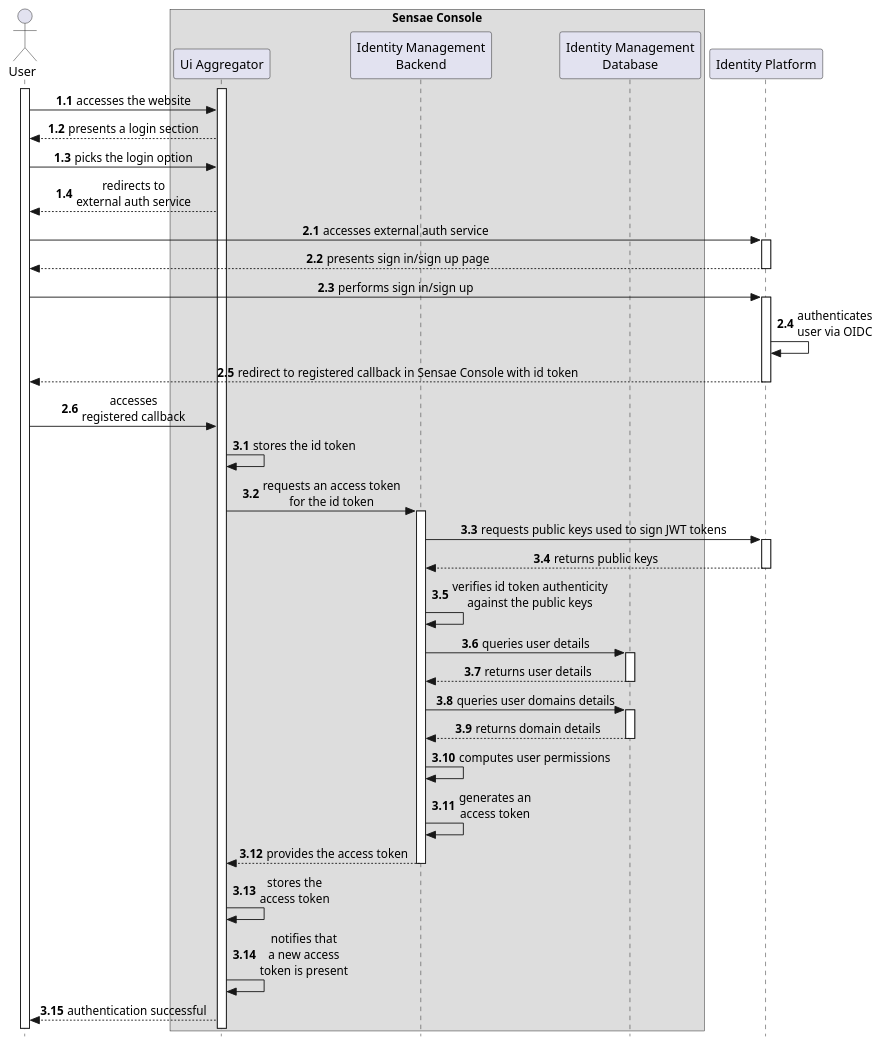
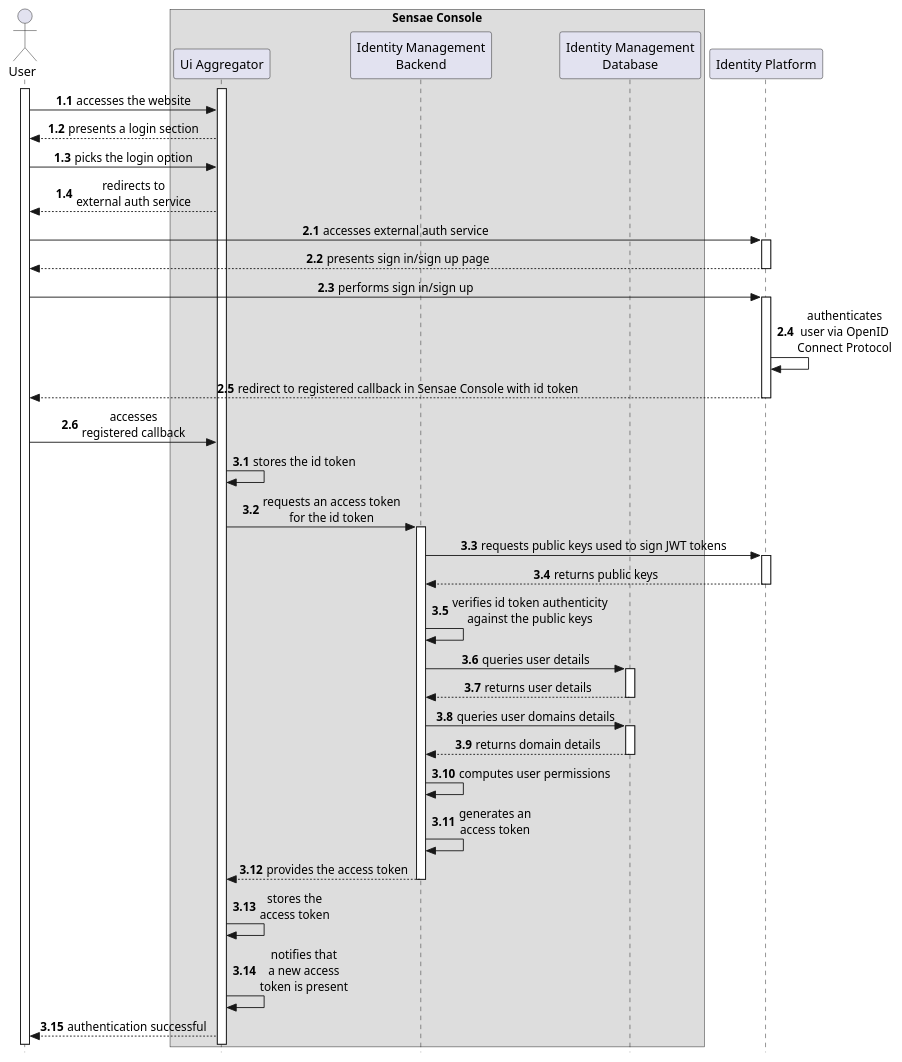
Before and after one commit to FilipeMCruz/dissertation: the diagram in assets/diagrams/design/architectural/level2/process/user-authentication.pu, drawn with PlantUML. The commit also changed 296 other files, not shown here.

```diff
--- a/assets/diagrams/design/architectural/level2/process/user-authentication.pu
+++ b/assets/diagrams/design/architectural/level2/process/user-authentication.pu
@@ -1,60 +1,60 @@
 @startuml user-authentication
 
 skinparam sequenceMessageAlign center
 skinparam style strictuml
 autonumber 1.1
 
 actor User
 
 box "Sensae Console"
 participant "Ui Aggregator" as AGGRE
 participant "Identity Management\nBackend" as AUTHBACK
 participant "Identity Management\nDatabase" as DB
 end box
 
 participant "Identity Platform" as AUTHSERVER
 
 activate AGGRE
 activate User
 
 User -> AGGRE: accesses the website
 AGGRE --> User: presents a login section
 User -> AGGRE: picks the login option
 AGGRE --> User: redirects to\nexternal auth service
 autonumber inc A
 User -> AUTHSERVER: accesses external auth service
 activate AUTHSERVER
 AUTHSERVER --> User: presents sign in/sign up page
 deactivate AUTHSERVER
 User -> AUTHSERVER: performs sign in/sign up
 activate AUTHSERVER
-AUTHSERVER -> AUTHSERVER: authenticates\nuser via OIDC
+AUTHSERVER -> AUTHSERVER: authenticates\nuser via OpenID\nConnect Protocol
 AUTHSERVER --> User: redirect to registered callback in Sensae Console with id token
 deactivate AUTHSERVER
 User -> AGGRE: accesses\nregistered callback
 autonumber inc A
 AGGRE -> AGGRE: stores the id token
 AGGRE -> AUTHBACK: requests an access token\nfor the id token
 activate AUTHBACK
 AUTHBACK -> AUTHSERVER : requests public keys used to sign JWT tokens
 activate AUTHSERVER
 AUTHSERVER --> AUTHBACK : returns public keys
 deactivate AUTHSERVER
 AUTHBACK -> AUTHBACK: verifies id token authenticity\nagainst the public keys
 AUTHBACK -> DB: queries user details
 activate DB
 DB --> AUTHBACK: returns user details
 deactivate DB
 AUTHBACK -> DB: queries user domains details
 activate DB
 DB --> AUTHBACK: returns domain details
 deactivate DB
 AUTHBACK -> AUTHBACK: computes user permissions
 AUTHBACK -> AUTHBACK: generates an\naccess token
 AUTHBACK --> AGGRE: provides the access token
 deactivate AUTHBACK
 AGGRE -> AGGRE: stores the\naccess token
 AGGRE -> AGGRE: notifies that\na new access\ntoken is present
 AGGRE --> User: authentication successful
 
 @enduml
```
